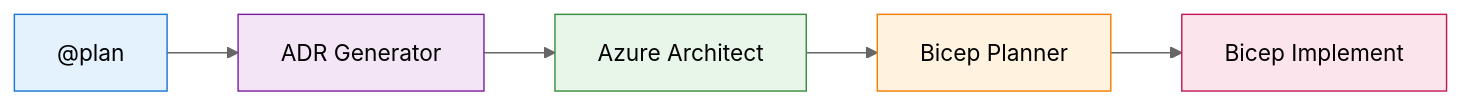
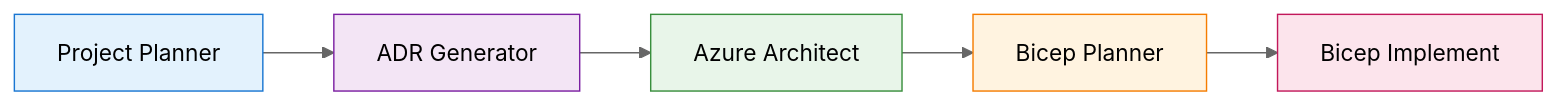
The second of 2 diagrams in docs/getting-started/learning-paths.md (StormyDevil/azure-agentic-infraops), drawn with Mermaid before and after one commit. The commit also changed other lines of this file and 42 other files, not shown here.

First line of the commit message:
docs: rename @plan agent to Project Planner across repository

````diff
--- a/docs/getting-started/learning-paths.md
+++ b/docs/getting-started/learning-paths.md
@@ -227,14 +227,14 @@
 ```mermaid
 %%{init: {'theme':'neutral'}}%%
 flowchart LR
-    A["@plan"] --> B["ADR Generator"]
+    A["Project Planner"] --> B["ADR Generator"]
     B --> C["Azure Architect"]
     C --> D["Bicep Planner"]
     D --> E["Bicep Implement"]
 
     style A fill:#e3f2fd,stroke:#1976d2
     style B fill:#f3e5f5,stroke:#7b1fa2
     style C fill:#e8f5e9,stroke:#388e3c
     style D fill:#fff3e0,stroke:#f57c00
     style E fill:#fce4ec,stroke:#c2185b
 ```
````
